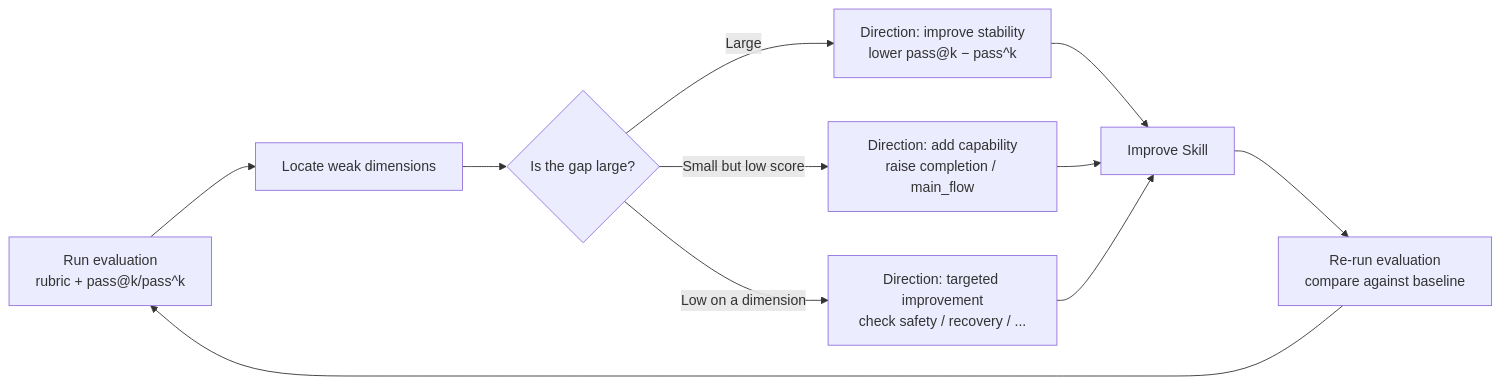
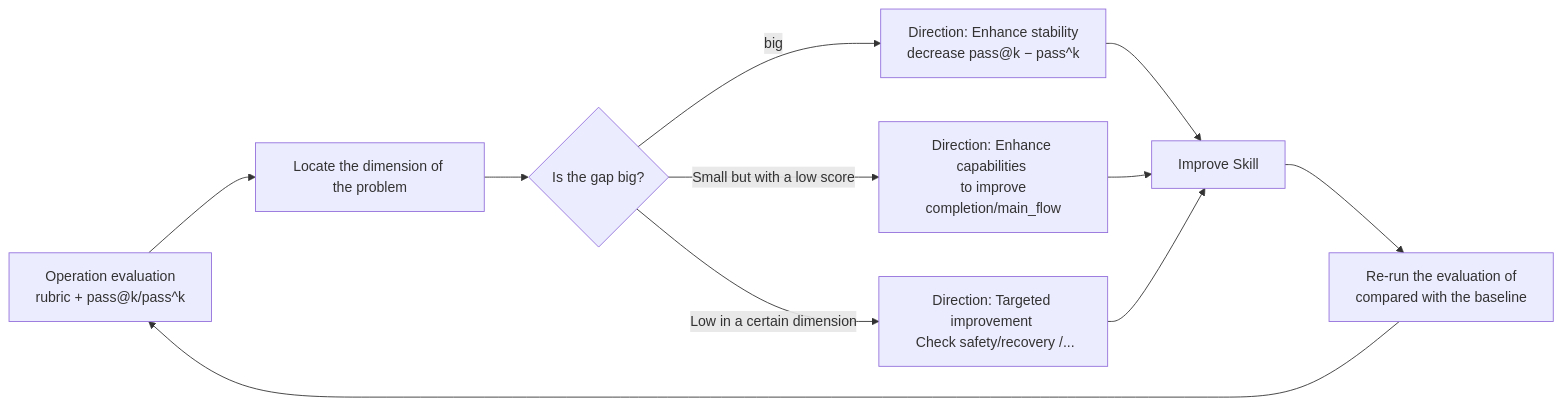
The diagram in en/eval/why-eval.mdx (rpamis/comet-website-docs), drawn with Mermaid before and after one commit. The commit also changed other lines of this file and 158 other files, not shown here.

````diff
--- a/en/eval/why-eval.mdx
+++ b/en/eval/why-eval.mdx
@@ -132,13 +132,13 @@
 ```mermaid
 flowchart LR
-    A["Run evaluation<br/>rubric + pass@k/pass^k"] --> B["Locate weak dimensions"]
-    B --> C{"Is the gap large?"}
-    C -->|Large| D["Direction: improve stability<br/>lower pass@k − pass^k"]
-    C -->|Small but low score| E["Direction: add capability<br/>raise completion / main_flow"]
-    C -->|Low on a dimension| F["Direction: targeted improvement<br/>check safety / recovery / ..."]
+    A["Operation evaluation <br/>rubric + pass@k/pass^k"] --> B["Locate the dimension of the problem"]
+    B --> C{"Is the gap big?"}
+    C -->|big| D["Direction: Enhance stability <br/> decrease pass@k − pass^k"]
+    C -->|Small but with a low score| E["Direction: Enhance capabilities <br/> to improve completion/main_flow"]
+    C -->|Low in a certain dimension| F["Direction: Targeted improvement <br/> Check safety/recovery /..."]
     D --> G["Improve Skill"]
     E --> G
     F --> G
-    G --> H["Re-run evaluation<br/>compare against baseline"]
+    G --> H["Re-run the evaluation of <br/> compared with the baseline"]
     H --> A
 ```
````
